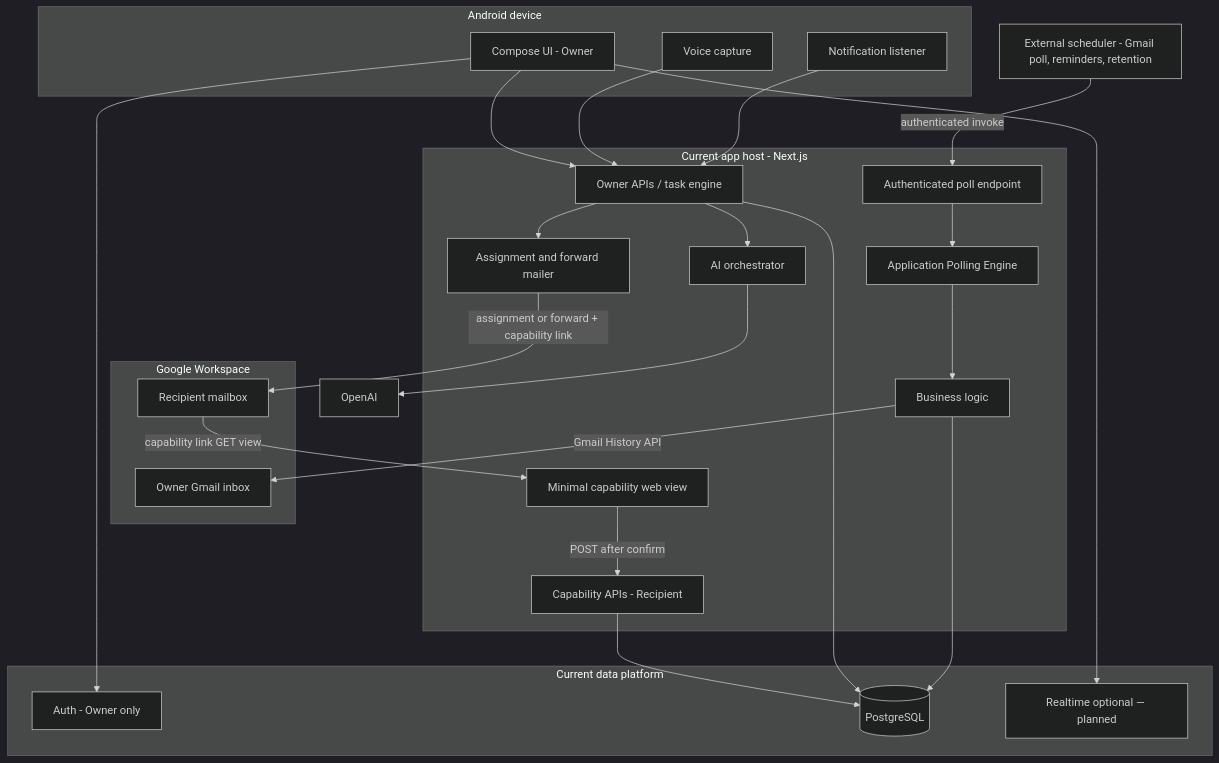
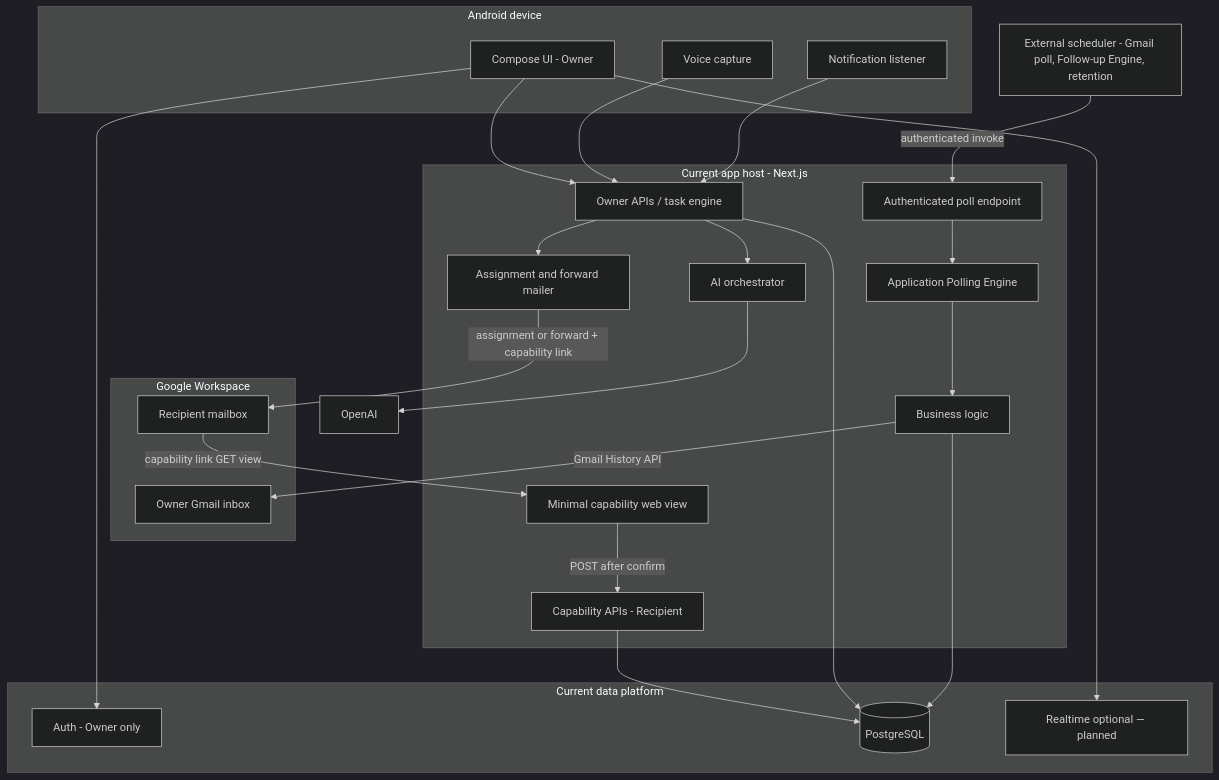
One commit to clayton-web/rocket-communicator changed the diagram in docs/ARCHITECTURE.md. Above: the diagram before and after it, drawn with Mermaid (dark theme). The commit also changed other lines of this file and 16 other files, not shown here.

First line of the commit message:
docs: lock A8 follow-up and event notification architecture

````diff
--- a/docs/ARCHITECTURE.md
+++ b/docs/ARCHITECTURE.md
@@ -222,53 +229,53 @@
 ```mermaid
 flowchart TB
   subgraph Device["Android device"]
     NL["Notification listener"]
     Voice["Voice capture"]
     AppUI["Compose UI - Owner"]
   end
 
   subgraph Google["Google Workspace"]
     Gmail["Owner Gmail inbox"]
     RecipientMail["Recipient mailbox"]
   end
 
   subgraph Host["Current app host - Next.js"]
     API["Owner APIs / task engine"]
     PollEndpoint["Authenticated poll endpoint"]
     PollEngine["Application Polling Engine"]
     BusinessLogic["Business logic"]
     CapAPI["Capability APIs - Recipient"]
     CapView["Minimal capability web view"]
     AI["AI orchestrator"]
     Mailer["Assignment and forward mailer"]
   end
 
   subgraph Data["Current data platform"]
     Auth["Auth - Owner only"]
     DB[("PostgreSQL")]
     RT["Realtime optional — planned"]
   end
 
-  Scheduler["External scheduler - Gmail poll, reminders, retention"]
+  Scheduler["External scheduler - Gmail poll, Follow-up Engine, retention"]
   OpenAI["OpenAI"]
 
   NL --> API
   Voice --> API
   AppUI --> Auth
   AppUI --> API
   AppUI --> RT
 
   Scheduler -->|authenticated invoke| PollEndpoint
   PollEndpoint --> PollEngine
   PollEngine --> BusinessLogic
   BusinessLogic -->|Gmail History API| Gmail
   BusinessLogic --> DB
   API --> DB
   API --> AI
   AI --> OpenAI
   API --> Mailer
   Mailer -->|assignment or forward + capability link| RecipientMail
   RecipientMail -->|capability link GET view| CapView
   CapView -->|POST after confirm| CapAPI
   CapAPI --> DB
 ```
````
